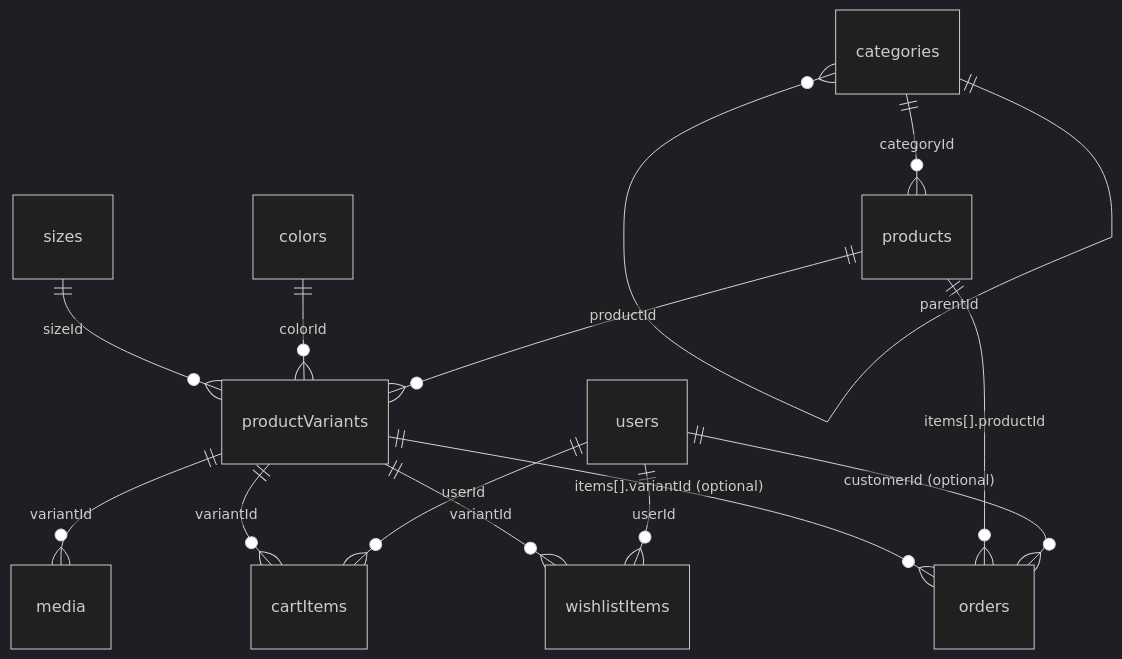
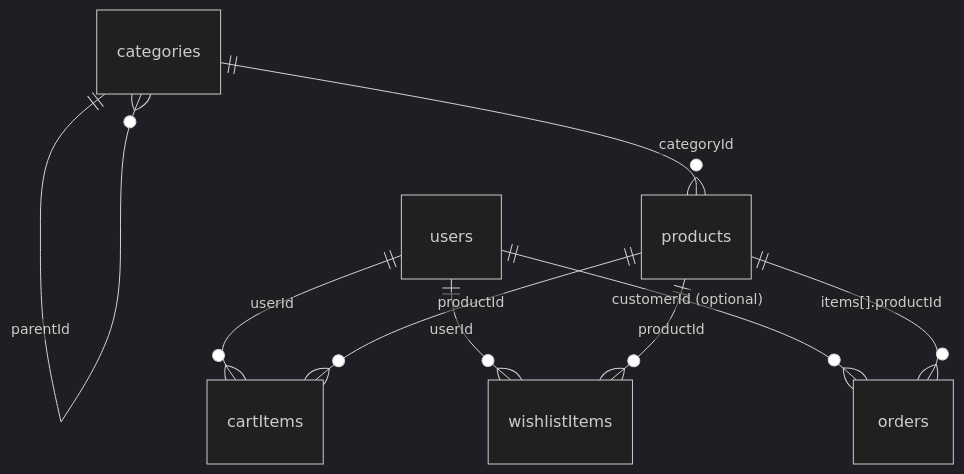
One commit to Adam26114/khit changed the diagram in project-tasks/current-database-structure.md. Above: the diagram before and after it, drawn with Mermaid (dark theme). The commit also changed other lines of this file and 50 other files, not shown here.

````diff
--- a/project-tasks/current-database-structure.md
+++ b/project-tasks/current-database-structure.md
@@ -74,16 +54,11 @@
 ```mermaid
 erDiagram
   categories ||--o{ categories : "parentId"
   categories ||--o{ products : "categoryId"
-  products ||--o{ productVariants : "productId"
-  colors ||--o{ productVariants : "colorId"
-  sizes ||--o{ productVariants : "sizeId"
-  productVariants ||--o{ media : "variantId"
   users ||--o{ cartItems : "userId"
   users ||--o{ wishlistItems : "userId"
-  productVariants ||--o{ cartItems : "variantId"
-  productVariants ||--o{ wishlistItems : "variantId"
+  products ||--o{ cartItems : "productId"
+  products ||--o{ wishlistItems : "productId"
   users ||--o{ orders : "customerId (optional)"
   products ||--o{ orders : "items[].productId"
-  productVariants ||--o{ orders : "items[].variantId (optional)"
 ```
````
